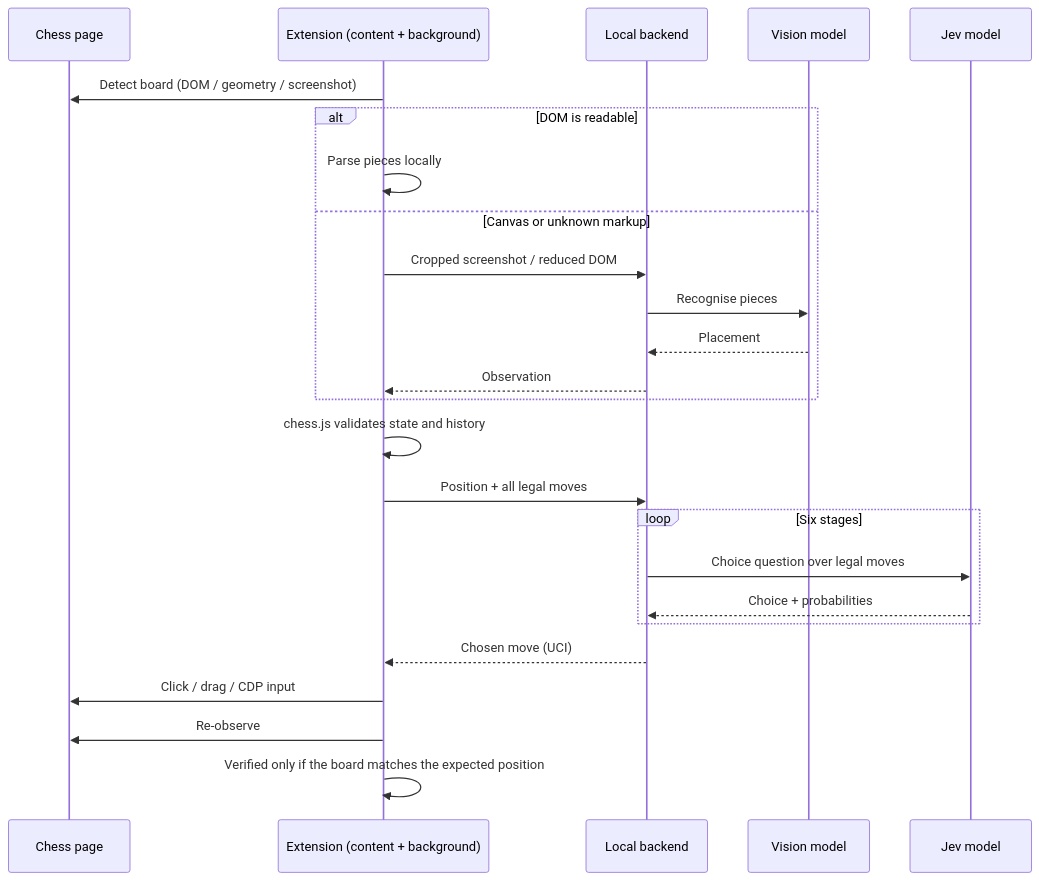
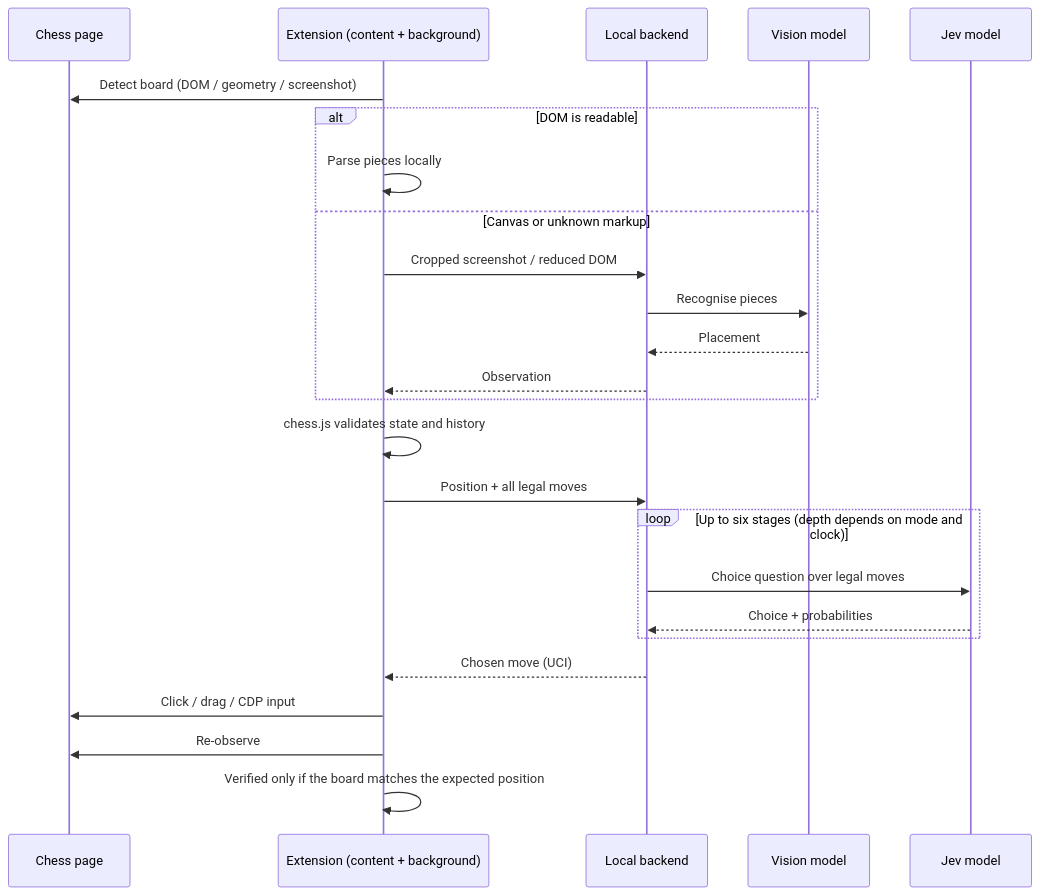
One commit to shihabalratul/Jev-chess changed the diagram in docs/how-it-works.md. Above: the diagram before and after it, drawn with Mermaid. The commit also changed other lines of this file and 12 other files, not shown here.

````diff
--- a/docs/how-it-works.md
+++ b/docs/how-it-works.md
@@ -11,28 +11,28 @@
 ```mermaid
 sequenceDiagram
     participant Page as Chess page
     participant Ext as Extension (content + background)
     participant API as Local backend
     participant Vision as Vision model
     participant Jev as Jev model
 
     Ext->>Page: Detect board (DOM / geometry / screenshot)
     alt DOM is readable
         Ext->>Ext: Parse pieces locally
     else Canvas or unknown markup
         Ext->>API: Cropped screenshot / reduced DOM
         API->>Vision: Recognise pieces
         Vision-->>API: Placement
         API-->>Ext: Observation
     end
     Ext->>Ext: chess.js validates state and history
     Ext->>API: Position + all legal moves
-    loop Six stages
+    loop Up to six stages (depth depends on mode and clock)
         API->>Jev: Choice question over legal moves
         Jev-->>API: Choice + probabilities
     end
     API-->>Ext: Chosen move (UCI)
     Ext->>Page: Click / drag / CDP input
     Ext->>Page: Re-observe
     Ext->>Ext: Verified only if the board matches the expected position
 ```
````
